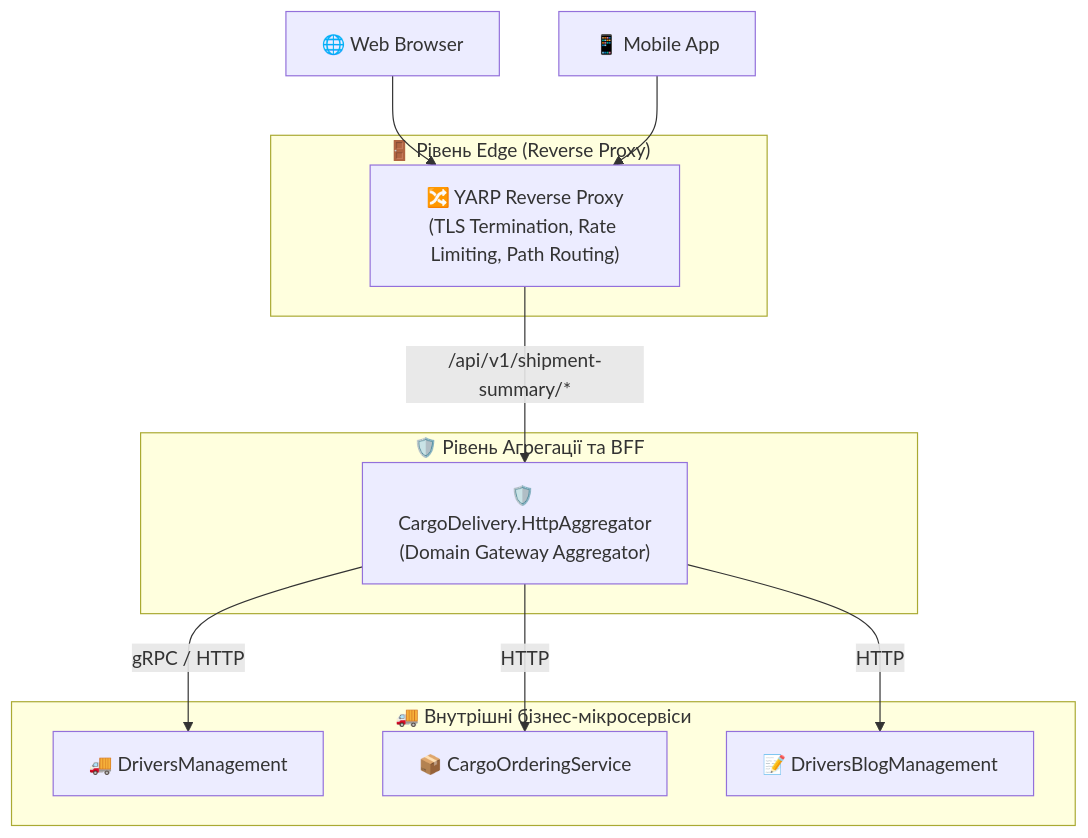
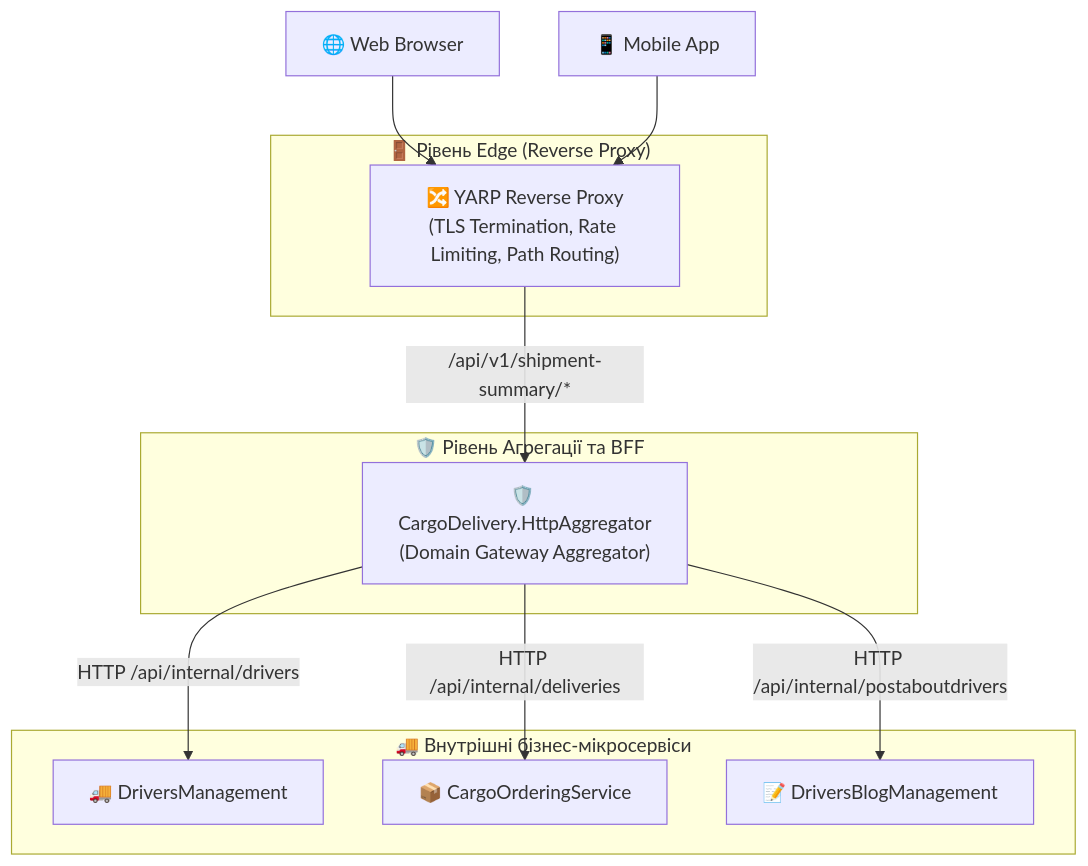
One commit to MrTomkaYurii/Demo-CargoDeliveryService changed the third of 7 diagrams in 02-Microservices-Craftsman/02-01-Aspire-Documentation/03_HttpAggregator_Gateway_Architecture_And_Design.md. Above: the diagram before and after it, drawn with Mermaid. The commit also changed other lines of this file and 227 other files, not shown here.

````diff
--- a/02-Microservices-Craftsman/02-01-Aspire-Documentation/03_HttpAggregator_Gateway_Architecture_And_Design.md
+++ b/02-Microservices-Craftsman/02-01-Aspire-Documentation/03_HttpAggregator_Gateway_Architecture_And_Design.md
@@ -127,19 +140,19 @@
 ```mermaid
 flowchart TD
     Browser["🌐 Web Browser"] --> YARP
     Mobile["📱 Mobile App"] --> YARP
     
     subgraph EdgeLayer ["🚪 Рівень Edge (Reverse Proxy)"]
         YARP["🔀 YARP Reverse Proxy<br/>(TLS Termination, Rate Limiting, Path Routing)"]
     end
     
     subgraph AggregationLayer ["🛡️ Рівень Агрегації та BFF"]
         YARP -->|"/api/v1/shipment-summary/*"| Agg["🛡️ CargoDelivery.HttpAggregator<br/>(Domain Gateway Aggregator)"]
     end
     
     subgraph CoreMicroservices ["🚚 Внутрішні бізнес-мікросервіси"]
-        Agg -->|"gRPC / HTTP"| DM["🚚 DriversManagement"]
-        Agg -->|"HTTP"| CO["📦 CargoOrderingService"]
-        Agg -->|"HTTP"| DB["📝 DriversBlogManagement"]
+        Agg -->|"HTTP /api/internal/drivers"| DM["🚚 DriversManagement"]
+        Agg -->|"HTTP /api/internal/deliveries"| CO["📦 CargoOrderingService"]
+        Agg -->|"HTTP /api/internal/postaboutdrivers"| DB["📝 DriversBlogManagement"]
     end
 ```
````
